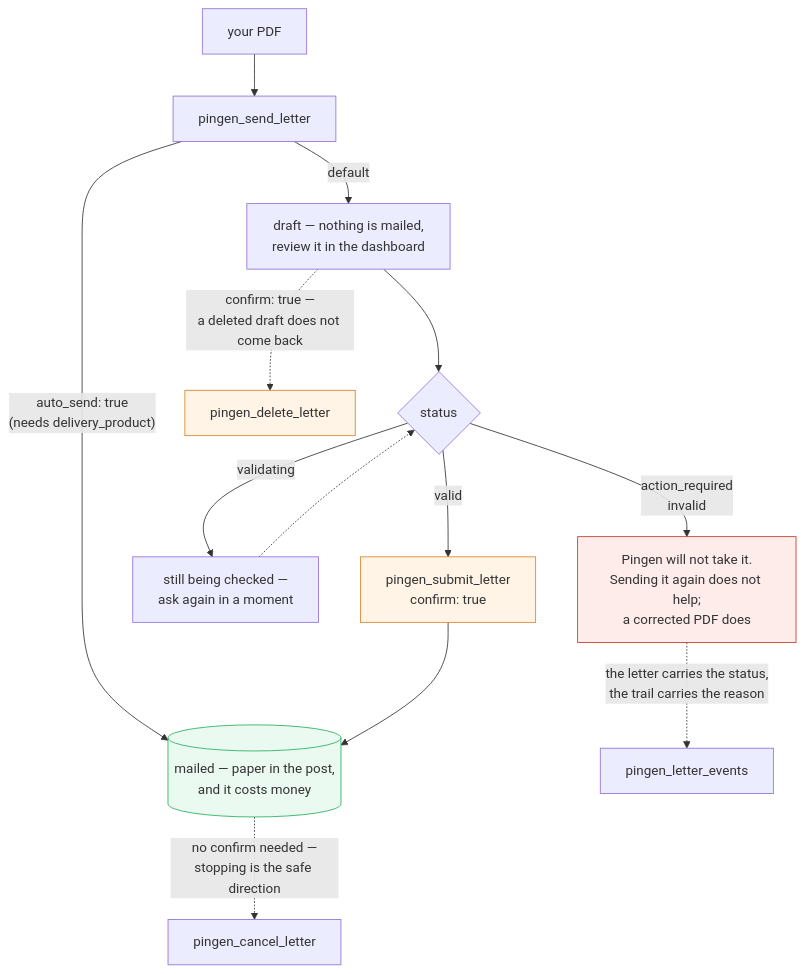
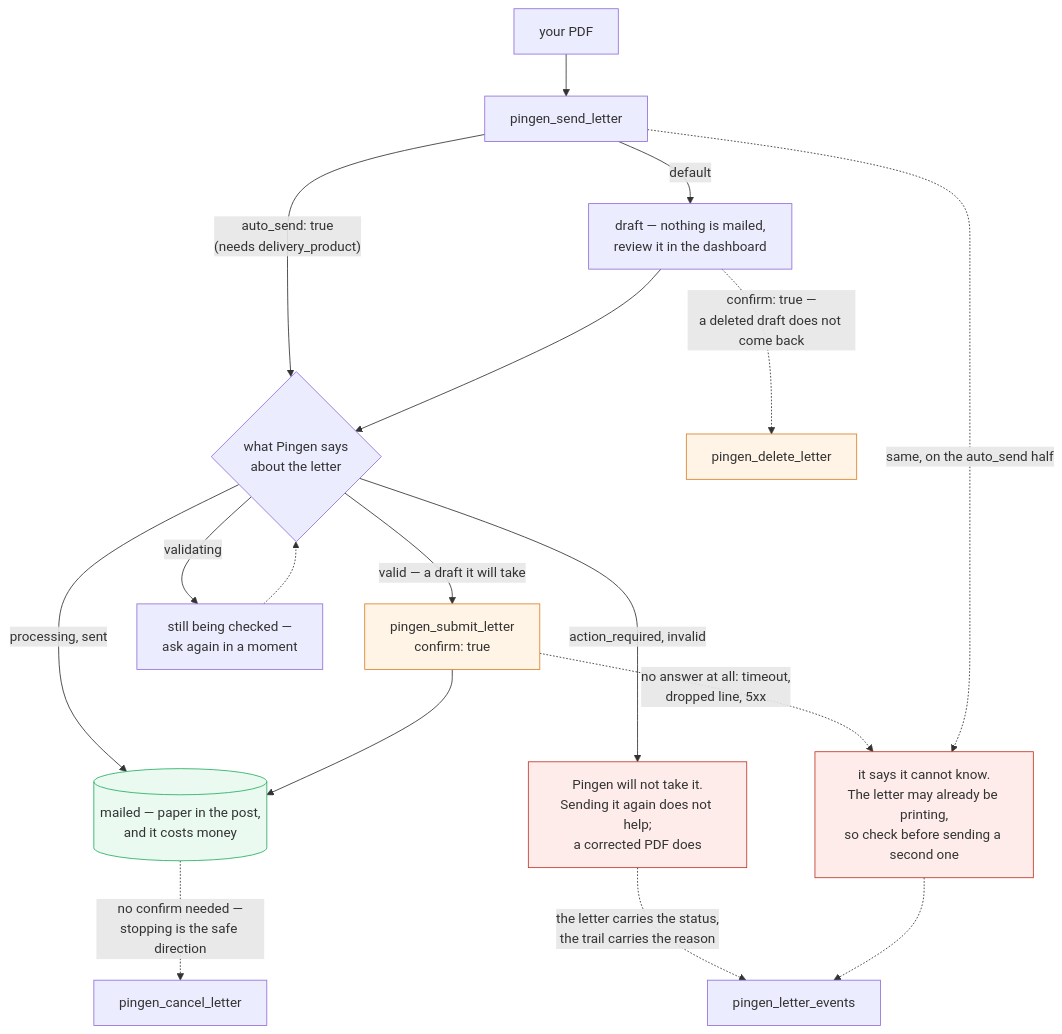
The diagram in README.md (sapn95/pingen-mcp), drawn with Mermaid before and after one commit. The commit also changed 4 other files, not shown here.

````diff
--- a/README.md
+++ b/README.md
@@ -172,25 +172,29 @@
 ```mermaid
 flowchart TD
     PDF["your PDF"] --> SEND["pingen_send_letter"]
     SEND -->|"default"| DRAFT["draft — nothing is mailed,<br/>review it in the dashboard"]
-    SEND -->|"auto_send: true<br/>(needs delivery_product)"| POST
+    SEND -->|"auto_send: true<br/>(needs delivery_product)"| ST
+    DRAFT --> ST{"what Pingen says<br/>about the letter"}
 
-    DRAFT --> ST{"status"}
-    ST -->|"valid"| SUB["pingen_submit_letter<br/>confirm: true"]
+    ST -->|"valid — a draft it will take"| SUB["pingen_submit_letter<br/>confirm: true"]
+    ST -->|"processing, sent"| POST
     ST -->|"validating"| WAIT["still being checked —<br/>ask again in a moment"]
-    ST -->|"action_required<br/>invalid"| STOP["Pingen will not take it.<br/>Sending it again does not help;<br/>a corrected PDF does"]
+    ST -->|"action_required, invalid"| STOP["Pingen will not take it.<br/>Sending it again does not help;<br/>a corrected PDF does"]
+    WAIT -.-> ST
+    SUB --> POST[("mailed — paper in the post,<br/>and it costs money")]
 
-    SUB --> POST[("mailed — paper in the post,<br/>and it costs money")]
-    WAIT -.-> ST
+    SUB -.->|"no answer at all: timeout,<br/>dropped line, 5xx"| MAYBE["it says it cannot know.<br/>The letter may already be printing,<br/>so check before sending a second one"]
+    SEND -.->|"same, on the auto_send half"| MAYBE
 
     STOP -.->|"the letter carries the status,<br/>the trail carries the reason"| EV["pingen_letter_events"]
+    MAYBE -.-> EV
     DRAFT -.->|"confirm: true —<br/>a deleted draft does not come back"| DEL["pingen_delete_letter"]
     POST -.->|"no confirm needed —<br/>stopping is the safe direction"| CAN["pingen_cancel_letter"]
 
     classDef gate fill:#fff4e5,stroke:#d9822b
     classDef bad fill:#fdecea,stroke:#c0392b
     classDef done fill:#eafaf1,stroke:#27ae60
     class SUB,DEL gate
-    class STOP bad
+    class STOP,MAYBE bad
     class POST done
 ```
````
